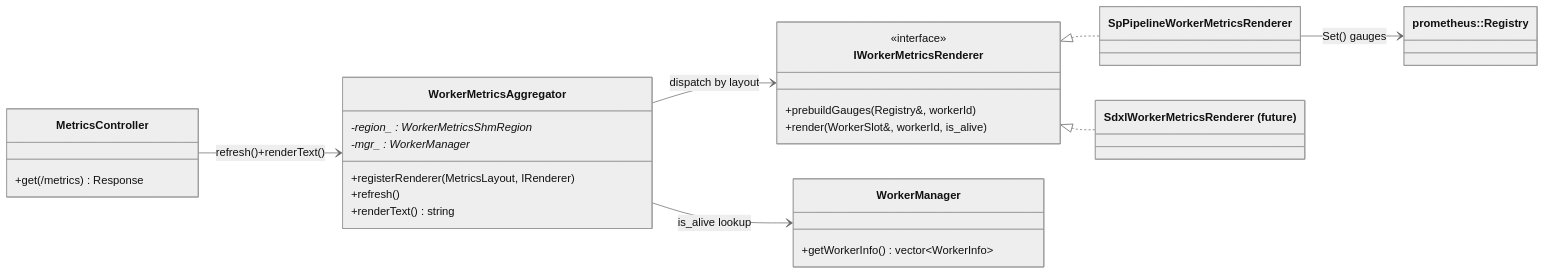
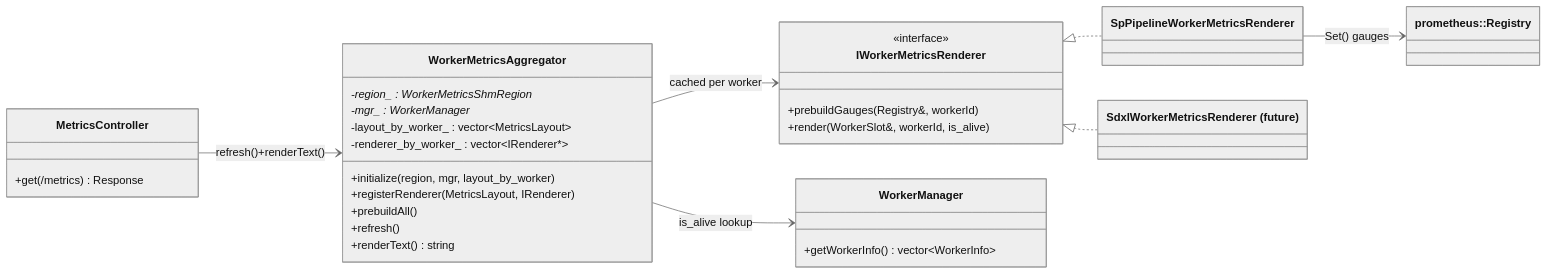
One commit to tenstorrent/tt-inference-server changed the fourth of 4 diagrams in tt-media-server/cpp_server/README.md. Above: the diagram before and after it, drawn with Mermaid (neutral theme). The commit also changed other lines of this file and 8 other files, not shown here.

````diff
--- a/tt-media-server/cpp_server/README.md
+++ b/tt-media-server/cpp_server/README.md
@@ -901,31 +912,35 @@
 ```mermaid
 classDiagram
     direction LR
     class MetricsController {
         +get(/metrics) Response
     }
     class WorkerMetricsAggregator {
+        +initialize(region, mgr, layout_by_worker)
         +registerRenderer(MetricsLayout, IRenderer)
+        +prebuildAll()
         +refresh()
         +renderText() string
         -region_ : WorkerMetricsShmRegion*
         -mgr_ : WorkerManager*
+        -layout_by_worker_ : vector~MetricsLayout~
+        -renderer_by_worker_ : vector~IRenderer*~
     }
     class IWorkerMetricsRenderer {
         <<interface>>
         +prebuildGauges(Registry&, workerId)
         +render(WorkerSlot&, workerId, is_alive)
     }
     class SpPipelineWorkerMetricsRenderer
     class SdxlWorkerMetricsRenderer["SdxlWorkerMetricsRenderer (future)"]
     class WorkerManager {
         +getWorkerInfo() vector~WorkerInfo~
     }
     class PrometheusRegistry["prometheus::Registry"]
     MetricsController --> WorkerMetricsAggregator : refresh()+renderText()
-    WorkerMetricsAggregator --> IWorkerMetricsRenderer : dispatch by layout
+    WorkerMetricsAggregator --> IWorkerMetricsRenderer : cached per worker
     IWorkerMetricsRenderer <|.. SpPipelineWorkerMetricsRenderer
     IWorkerMetricsRenderer <|.. SdxlWorkerMetricsRenderer
     WorkerMetricsAggregator --> WorkerManager : is_alive lookup
     SpPipelineWorkerMetricsRenderer --> PrometheusRegistry : Set() gauges
 ```
````
